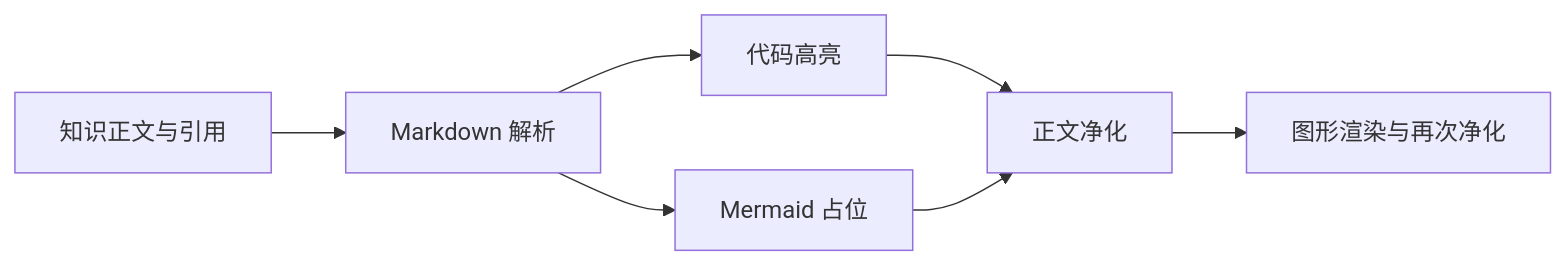
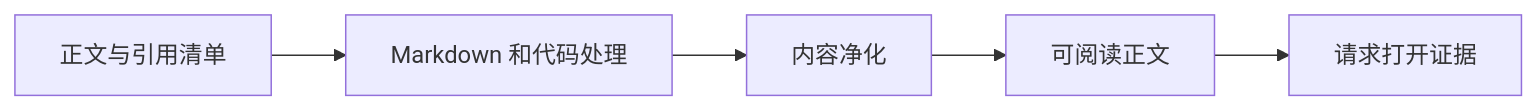
The diagram in .repo-review/knowledge/articles/d0fcf9886faf1de0d644844fc62fbc9b2be84f92855abbf93bf51eac8f6753fc.md (lejunyang/omem), drawn with Mermaid before and after one commit. The commit also changed other lines of this file and 233 other files, not shown here.

````diff
--- a/.repo-review/knowledge/articles/d0fcf9886faf1de0d644844fc62fbc9b2be84f92855abbf93bf51eac8f6753fc.md
+++ b/.repo-review/knowledge/articles/d0fcf9886faf1de0d644844fc62fbc9b2be84f92855abbf93bf51eac8f6753fc.md
@@ -19,9 +17,7 @@
 ```mermaid
 flowchart LR
-  A[知识正文与引用] --> B[Markdown 解析]
-  B --> C[代码高亮]
-  B --> D[Mermaid 占位]
-  C --> E[正文净化]
-  D --> E
-  E --> F[图形渲染与再次净化]
+  A[正文与引用清单] --> B[Markdown 和代码处理]
+  B --> C[内容净化]
+  C --> D[可阅读正文]
+  D --> E[请求打开证据]
 ```
````
